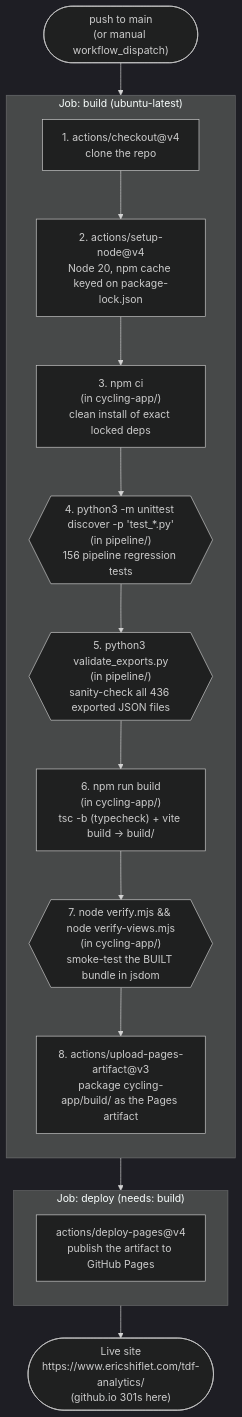
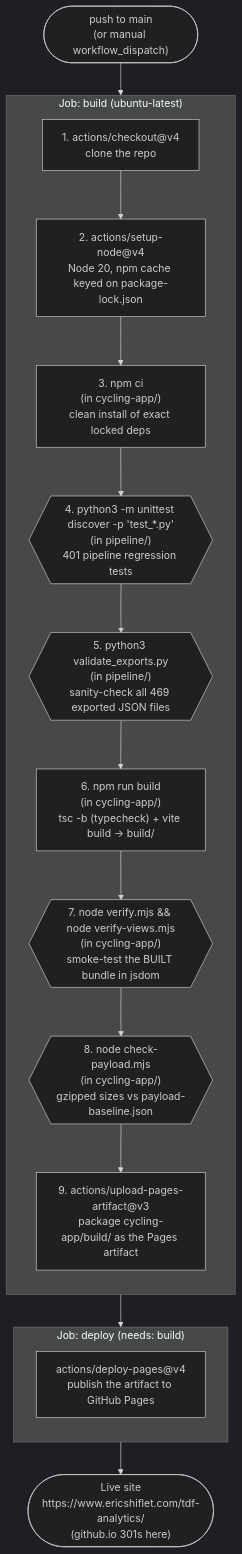
The third of 3 diagrams in architecture.md (eshiflet/tdf-analytics), drawn with Mermaid (dark theme) before and after one commit. The commit also changed other lines of this file and 1 other file, not shown here.

````diff
--- a/architecture.md
+++ b/architecture.md
@@ -429,28 +457,29 @@
 ```mermaid
 flowchart TD
     TRIGGER(["push to main<br/>(or manual workflow_dispatch)"])
 
     subgraph BUILD["Job: build (ubuntu-latest)"]
         direction TB
         S1["1. actions/checkout@v4<br/>clone the repo"]
         S2["2. actions/setup-node@v4<br/>Node 20, npm cache keyed on package-lock.json"]
         S3["3. npm ci<br/>(in cycling-app/)<br/>clean install of exact locked deps"]
-        STEST{{"4. python3 -m unittest discover -p 'test_*.py'<br/>(in pipeline/)<br/>156 pipeline regression tests"}}
-        S4{{"5. python3 validate_exports.py<br/>(in pipeline/)<br/>sanity-check all 436 exported JSON files"}}
+        STEST{{"4. python3 -m unittest discover -p 'test_*.py'<br/>(in pipeline/)<br/>401 pipeline regression tests"}}
+        S4{{"5. python3 validate_exports.py<br/>(in pipeline/)<br/>sanity-check all 469 exported JSON files"}}
         S5["6. npm run build<br/>(in cycling-app/)<br/>tsc -b (typecheck) + vite build → build/"]
         S6{{"7. node verify.mjs && node verify-views.mjs<br/>(in cycling-app/)<br/>smoke-test the BUILT bundle in jsdom"}}
-        S7["8. actions/upload-pages-artifact@v3<br/>package cycling-app/build/ as the Pages artifact"]
+        SPAY{{"8. node check-payload.mjs<br/>(in cycling-app/)<br/>gzipped sizes vs payload-baseline.json"}}
+        S7["9. actions/upload-pages-artifact@v3<br/>package cycling-app/build/ as the Pages artifact"]
 
-        S1 --> S2 --> S3 --> STEST --> S4 --> S5 --> S6 --> S7
+        S1 --> S2 --> S3 --> STEST --> S4 --> S5 --> S6 --> SPAY --> S7
     end
 
     subgraph DEPLOY["Job: deploy (needs: build)"]
         direction TB
         D1["actions/deploy-pages@v4<br/>publish the artifact to GitHub Pages"]
     end
 
     LIVE(["Live site<br/>https://www.ericshiflet.com/tdf-analytics/<br/>(github.io 301s here)"])
 
     TRIGGER --> S1
     S7 --> D1 --> LIVE
 ```
````
